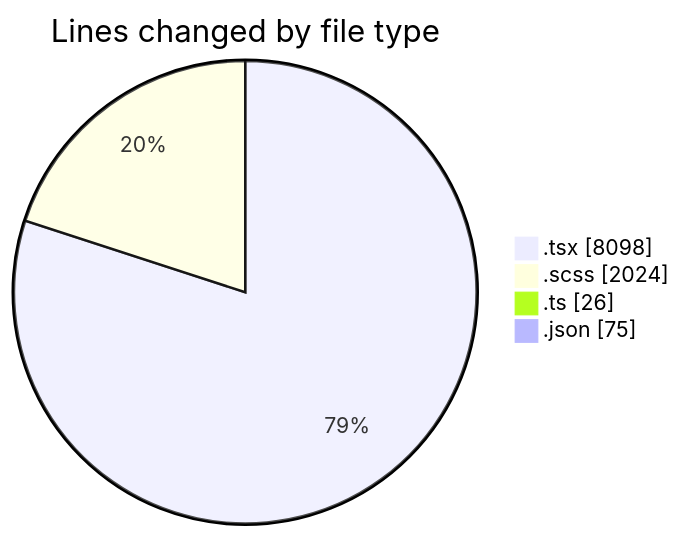
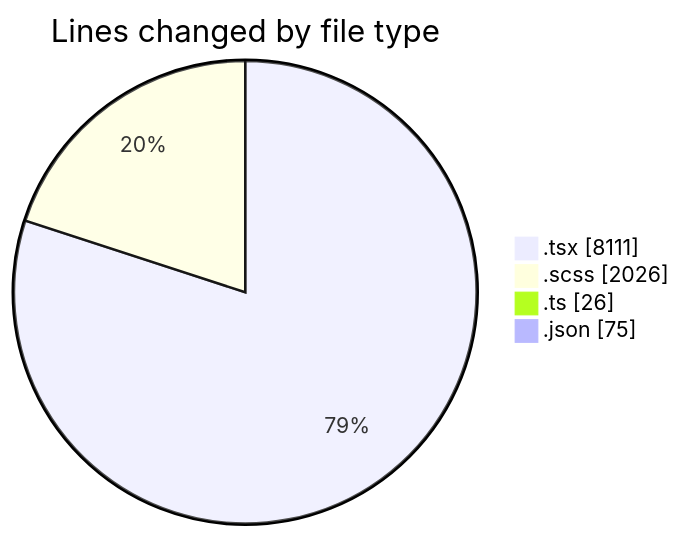
One commit to momahboobian/code-tracking changed the first of 2 diagrams in 2025-04-09/cda/README.md. Above: the diagram before and after it, drawn with Mermaid. The commit also changed other lines of this file and 1 other file, not shown here.

````diff
--- a/2025-04-09/cda/README.md
+++ b/2025-04-09/cda/README.md
@@ -48,8 +48,8 @@
 ```mermaid
 pie showData
 title Lines changed by file type
-".tsx" : 8098
-".scss" : 2024
+".tsx" : 8111
+".scss" : 2026
 ".ts" : 26
 ".json" : 75
 ```
````
